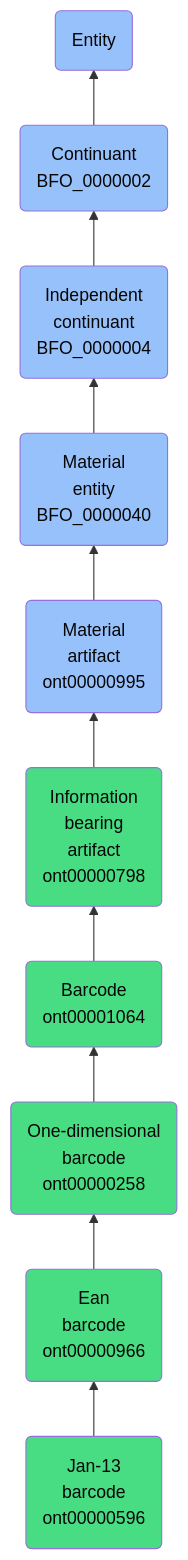
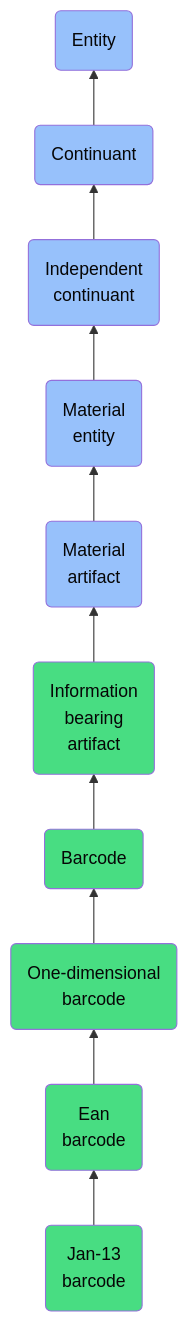
One commit to jupyter-naas/abi changed the diagram in docs/ontology/reference/model/Entity/Continuant/Independent continuant/Material entity/Material artifact/Information bearing artifact/Barcode/One-dimensional barcode/Ean barcode/Jan-13 barcode/Jan-13 barcode.md. Above: the diagram before and after it, drawn with Mermaid. The commit also changed other lines of this file and 1430 other files, not shown here.

````diff
--- a/docs/ontology/reference/model/Entity/Continuant/Independent continuant/Material entity/Material artifact/Information bearing artifact/Barcode/One-dimensional barcode/Ean barcode/Jan-13 barcode/Jan-13 barcode.md
+++ b/docs/ontology/reference/model/Entity/Continuant/Independent continuant/Material entity/Material artifact/Information bearing artifact/Barcode/One-dimensional barcode/Ean barcode/Jan-13 barcode/Jan-13 barcode.md
@@ -24,17 +24,17 @@
 ```mermaid
 graph BT
-    ont00000596(Jan-13<br>barcode<br>ont00000596):::ABI-->ont00000966
-    ont00000966(Ean<br>barcode<br>ont00000966):::ABI-->ont00000258
-    ont00000258(One-dimensional<br>barcode<br>ont00000258):::ABI-->ont00001064
-    ont00001064(Barcode<br>ont00001064):::ABI-->ont00000798
-    ont00000798(Information<br>bearing<br>artifact<br>ont00000798):::ABI-->ont00000995
-    ont00000995(Material<br>artifact<br>ont00000995):::BFO-->BFO_0000040
-    BFO_0000040(Material<br>entity<br>BFO_0000040):::BFO-->BFO_0000004
-    BFO_0000004(Independent<br>continuant<br>BFO_0000004):::BFO-->BFO_0000002
-    BFO_0000002(Continuant<br>BFO_0000002):::BFO-->BFO_0000001
+    ont00000596(Jan-13<br>barcode):::ABI-->ont00000966
+    ont00000966(Ean<br>barcode):::ABI-->ont00000258
+    ont00000258(One-dimensional<br>barcode):::ABI-->ont00001064
+    ont00001064(Barcode):::ABI-->ont00000798
+    ont00000798(Information<br>bearing<br>artifact):::ABI-->ont00000995
+    ont00000995(Material<br>artifact):::BFO-->BFO_0000040
+    BFO_0000040(Material<br>entity):::BFO-->BFO_0000004
+    BFO_0000004(Independent<br>continuant):::BFO-->BFO_0000002
+    BFO_0000002(Continuant):::BFO-->BFO_0000001
     BFO_0000001(Entity):::BFO
     
     classDef BFO fill:#97c1fb,color:#060606
     classDef CCO fill:#e4c51e,color:#060606
     classDef ABI fill:#48DD82,color:#060606
 ```
````
